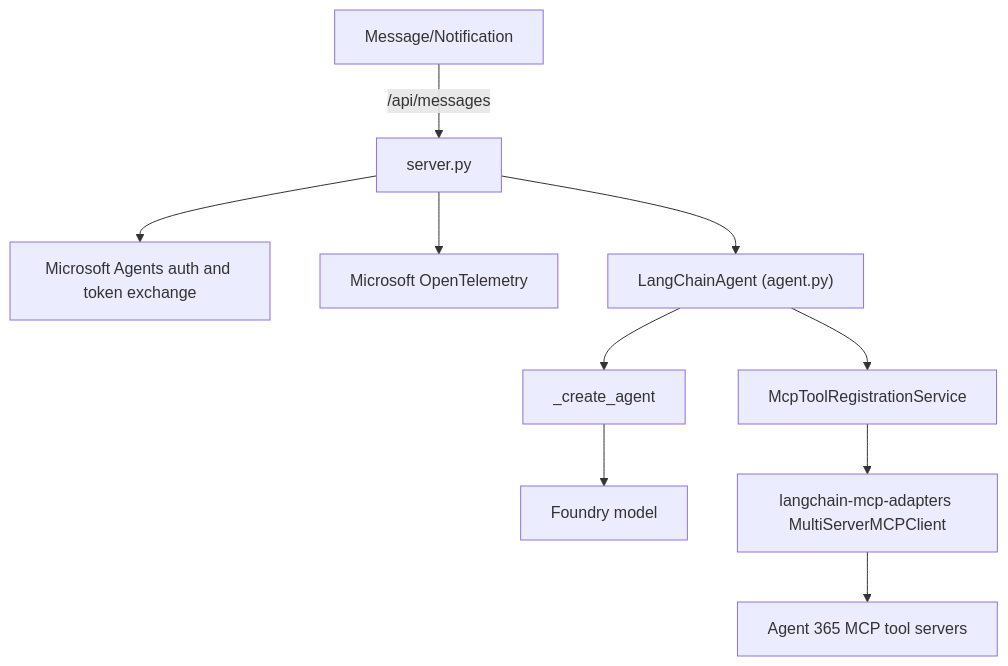
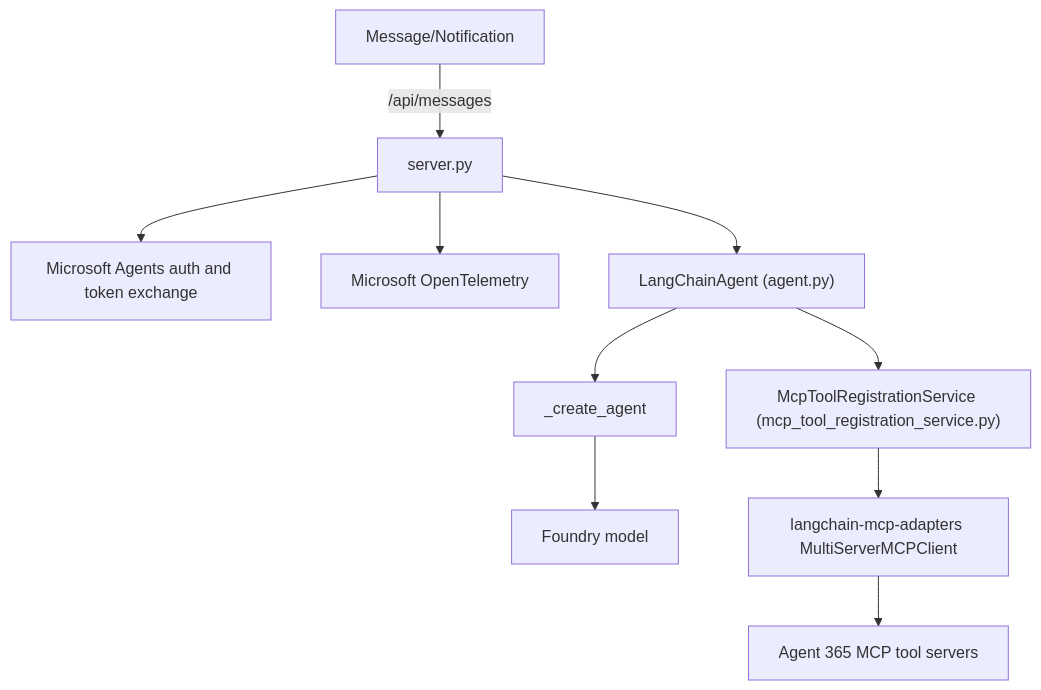
Before and after one commit to joetanx/mslab: the first of 4 diagrams in agent-365/samples/langchain/README.md, drawn with Mermaid. The commit also changed other lines of this file and 2 other files, not shown here.

Commit message:
Update READMEs

````diff
--- a/agent-365/samples/langchain/README.md
+++ b/agent-365/samples/langchain/README.md
@@ -12,12 +12,12 @@
 ```mermaid
 flowchart TD
     User[Message/Notification] -->|/api/messages| Host[server.py]
     Host --> Auth[Microsoft Agents auth and token exchange]
     Host --> Obs[Microsoft OpenTelemetry]
     Host --> Agent["LangChainAgent (agent.py)"]
     Agent --> LC[_create_agent]
     LC --> Foundry[Foundry model]
-    Agent --> MCP[McpToolRegistrationService]
+    Agent --> MCP["McpToolRegistrationService (mcp_tool_registration_service.py)"]
     MCP --> Adapter[langchain-mcp-adapters MultiServerMCPClient]
     Adapter --> Tools[Agent 365 MCP tool servers]
 ```
````
